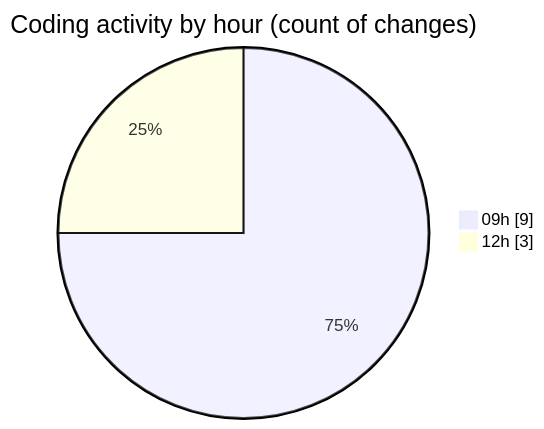
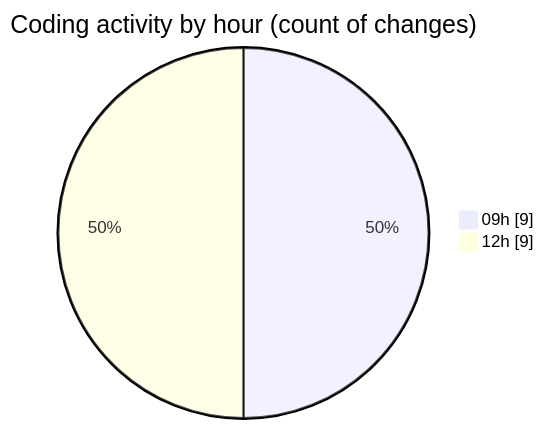
Before and after one commit to LanceThiago/code-tracking: the second of 2 diagrams in 2026-09-14/web/README.md, drawn with Mermaid. The commit also changed other lines of this file and 1 other file, not shown here.

````diff
--- a/2026-09-14/web/README.md
+++ b/2026-09-14/web/README.md
@@ -28,6 +29,6 @@
 ```mermaid
 pie showData
 title Coding activity by hour (count of changes)
 "09h" : 9
-"12h" : 3
+"12h" : 9
 ```
````
